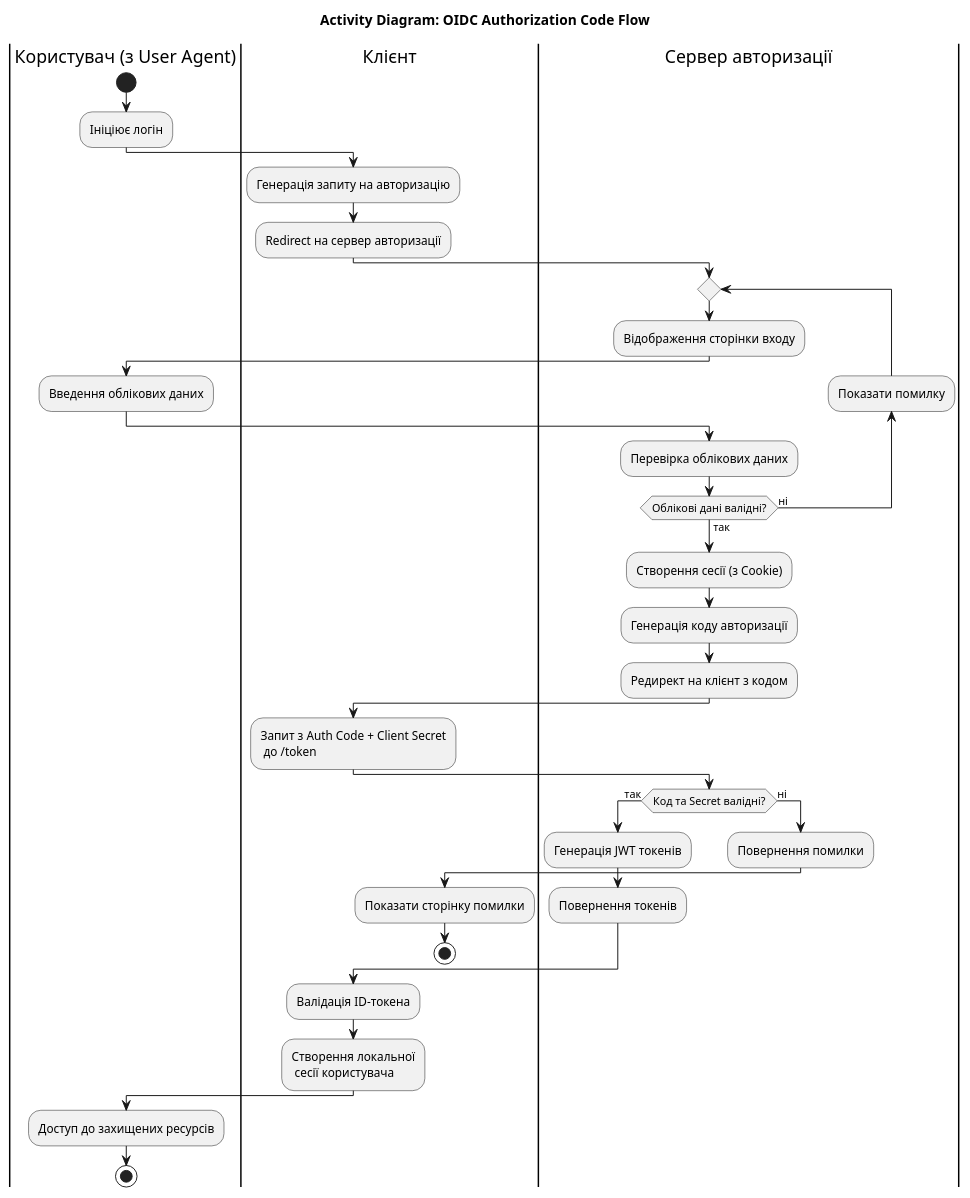
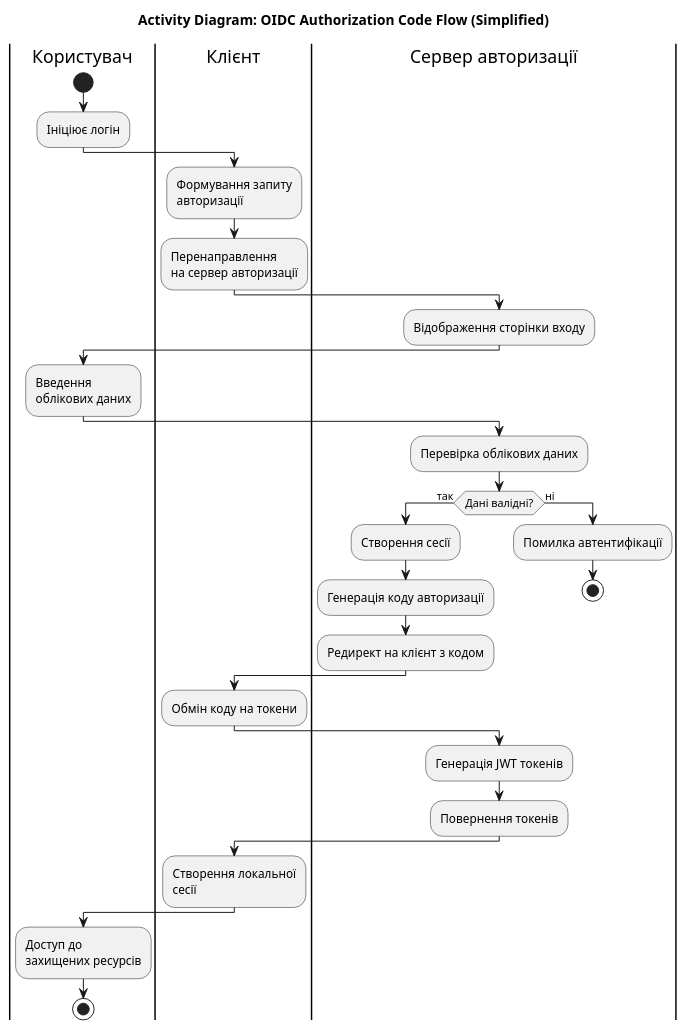
The diagram in Docs/activity_diagram.puml (AyTee001/AuthProvider), drawn with PlantUML before and after one commit. The commit also changed 3 other files, not shown here.

Commit message:
edits to diagrams while describing

```diff
--- a/Docs/activity_diagram.puml
+++ b/Docs/activity_diagram.puml
@@ -1,50 +1,43 @@
-@startuml "ActivityDiagram"
-title Activity Diagram: OIDC Authorization Code Flow
+@startuml "ActivityDiagram_Simplified"
+title Activity Diagram: OIDC Authorization Code Flow (Simplified)
 
-|Користувач (з User Agent)|
+|Користувач|
 start
 :Ініціює логін;
 
 |Клієнт|
-:Генерація запиту на авторизацію;
-:Redirect на сервер авторизації;
+:Формування запиту\nавторизації;
+:Перенаправлення\nна сервер авторизації;
 
 |Сервер авторизації|
-repeat
-  :Відображення сторінки входу;
-  
-  |Користувач (з User Agent)|
-  :Введення облікових даних;
-  
-  |Сервер авторизації|
-  :Перевірка облікових даних;
+:Відображення сторінки входу;
 
-backward:Показати помилку;
-repeat while (Облікові дані валідні?) is (ні) not (так)
-
-:Створення сесії (з Cookie);
-:Генерація коду авторизації;
-:Редирект на клієнт з кодом;
-
-|Клієнт|
-:Запит з Auth Code + Client Secret\n до /token;
+|Користувач|
+:Введення\nоблікових даних;
 
 |Сервер авторизації|
-if (Код та Secret валідні?) then (так)
-  :Генерація JWT токенів;
-  :Повернення токенів;
+:Перевірка облікових даних;
+
+if (Дані валідні?) then (так)
+  :Створення сесії;
+  :Генерація коду авторизації;
+  :Редирект на клієнт з кодом;
 else (ні)
-  :Повернення помилки;
-  |Клієнт|
-  :Показати сторінку помилки;
+  :Помилка автентифікації;
   stop
 endif
 
 |Клієнт|
-:Валідація ID-токена;
-:Створення локальної\n сесії користувача;
+:Обмін коду на токени;
 
-|Користувач (з User Agent)|
-:Доступ до захищених ресурсів;
+|Сервер авторизації|
+:Генерація JWT токенів;
+:Повернення токенів;
+
+|Клієнт|
+:Створення локальної\nсесії;
+
+|Користувач|
+:Доступ до\nзахищених ресурсів;
 stop
 @enduml
```
